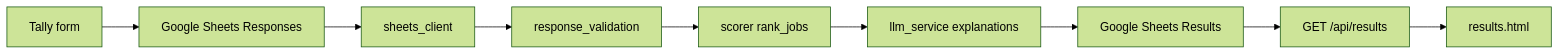
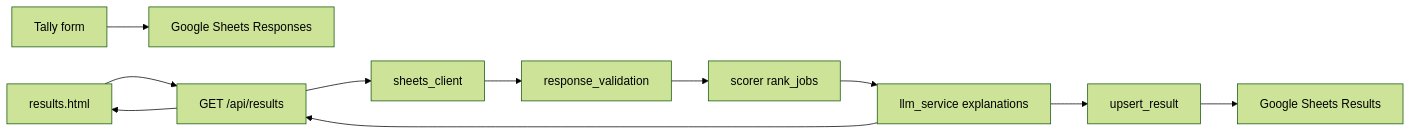
One commit to Dev-Soft-source/ai-interest-career changed the diagram in docs/PROJECT_REPORT.md. Above: the diagram before and after it, drawn with Mermaid (forest theme). The commit also changed other lines of this file and 4 other files, not shown here.

````diff
--- a/docs/PROJECT_REPORT.md
+++ b/docs/PROJECT_REPORT.md
@@ -70,11 +73,13 @@
 ```mermaid
 flowchart LR
   Tally[Tally form] --> Responses[Google Sheets Responses]
-  Responses --> Read[sheets_client]
+  UI[results.html] --> API[GET /api/results]
+  API --> Read[sheets_client]
   Read --> Validate[response_validation]
   Validate --> Score[scorer rank_jobs]
   Score --> LLM[llm_service explanations]
-  LLM --> Results[Google Sheets Results]
-  Results --> API[GET /api/results]
-  API --> UI[results.html]
+  LLM --> Write[upsert_result]
+  Write --> Results[Google Sheets Results]
+  LLM --> API
+  API --> UI
 ```
````
